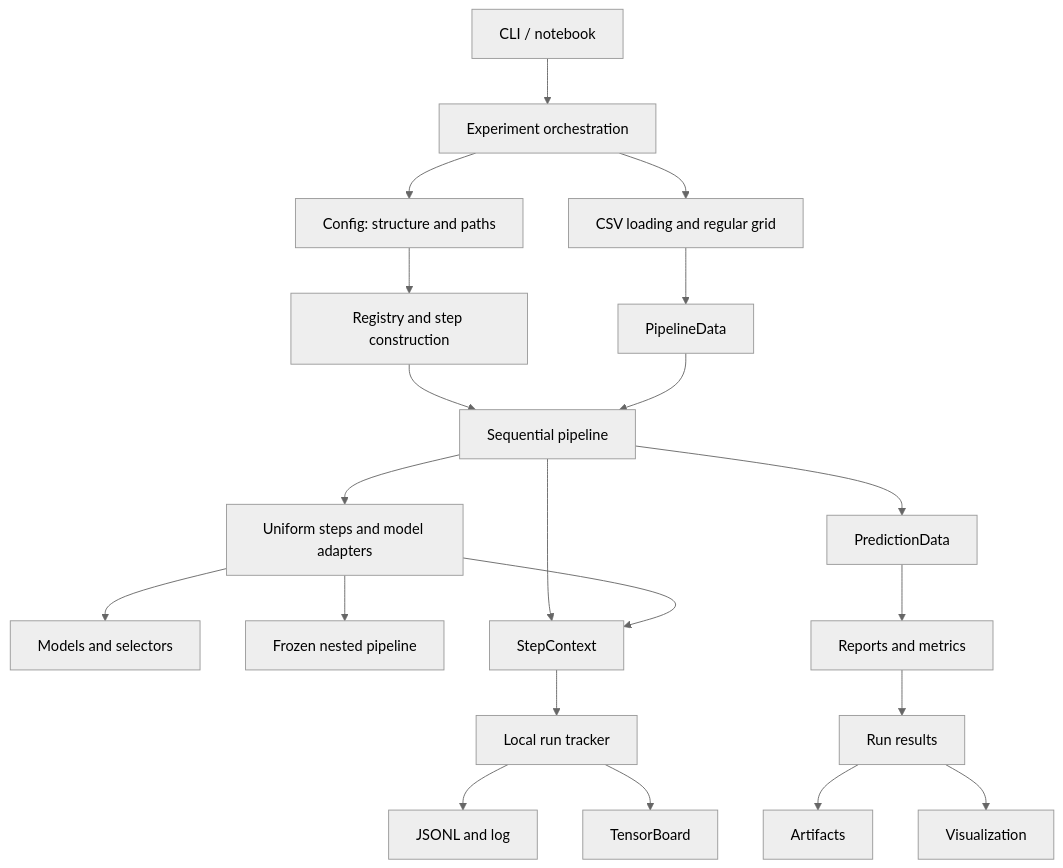
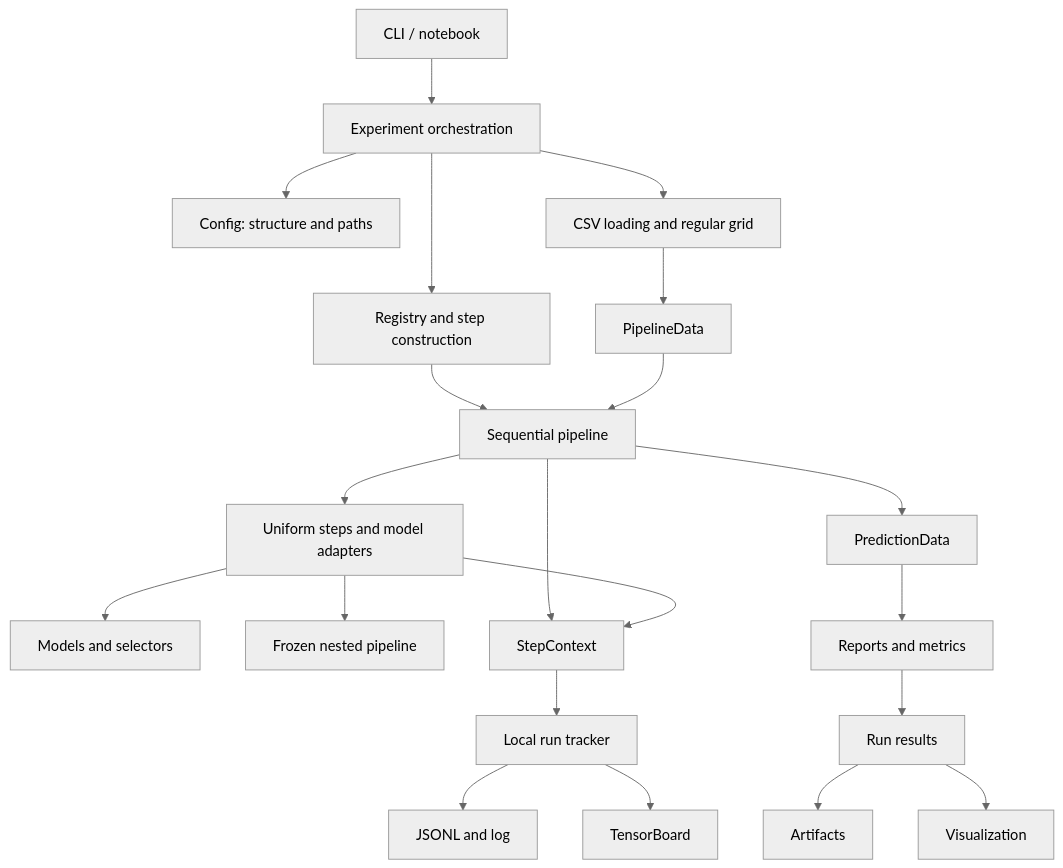
Before and after one commit to Alexsandr2707/feature-selector: the diagram in docs/architecture.md, drawn with Mermaid (neutral theme). The commit also changed other lines of this file and 68 other files, not shown here.

````diff
--- a/docs/architecture.md
+++ b/docs/architecture.md
@@ -55,23 +10,23 @@
 ```mermaid
 flowchart TD
     Entry[CLI / notebook] --> Experiment[Experiment orchestration]
     Experiment --> Config[Config: structure and paths]
-    Config --> Factory[Registry and step construction]
+    Experiment --> Factory[Registry and step construction]
     Experiment --> Loading[CSV loading and regular grid]
     Loading --> Data[PipelineData]
     Factory --> Pipeline[Sequential pipeline]
     Data --> Pipeline
     Pipeline --> Steps[Uniform steps and model adapters]
     Steps --> Algorithms[Models and selectors]
     Steps --> Frozen[Frozen nested pipeline]
     Pipeline --> Prediction[PredictionData]
     Prediction --> Evaluation[Reports and metrics]
     Evaluation --> Results[Run results]
     Results --> Storage[Artifacts]
     Results --> Plots[Visualization]
     Pipeline --> Context[StepContext]
     Steps --> Context
     Context --> Tracker[Local run tracker]
     Tracker --> Events[JSONL and log]
     Tracker --> TB[TensorBoard]
 ```
````
